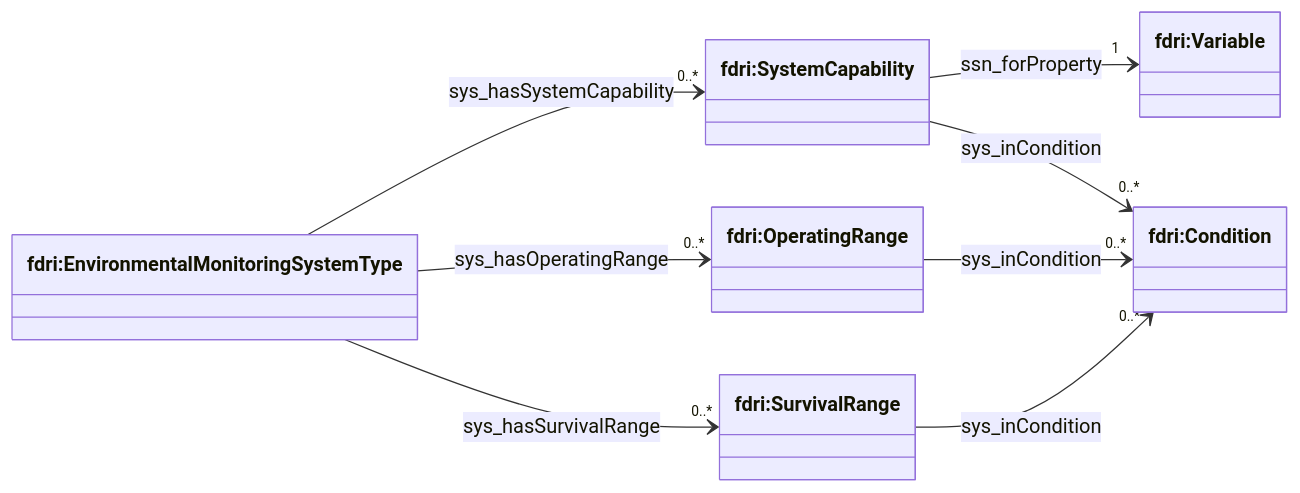
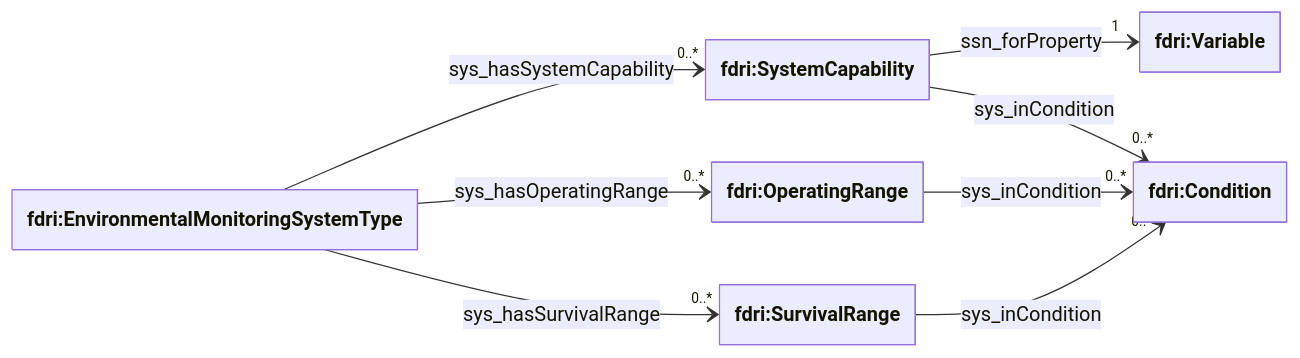
One commit to NERC-CEH/fdri-ontology changed the first of 10 diagrams in doc/sensor-capabilities.md. Above: the diagram before and after it, drawn with Mermaid. The commit also changed other lines of this file, not shown here.

````diff
--- a/doc/sensor-capabilities.md
+++ b/doc/sensor-capabilities.md
@@ -5,18 +5,21 @@
 ```mermaid
+---
+  config: { class: {hideEmptyMembersBox: true}}
+---
 classDiagram
     direction LR
     class EMSystemType["fdri:EnvironmentalMonitoringSystemType"]
     class Variable["fdri:Variable"]
     class Condition["fdri:Condition"]
     class SystemCapability["fdri:SystemCapability"]
     class OperatingRange["fdri:OperatingRange"]
     class SurvivalRange["fdri:SurvivalRange"]
 
     EMSystemType --> "0..*" SystemCapability: sys_hasSystemCapability
     EMSystemType --> "0..*" SurvivalRange: sys_hasSurvivalRange
     EMSystemType --> "0..*" OperatingRange: sys_hasOperatingRange
     SystemCapability --> "1" Variable: ssn_forProperty
     SystemCapability --> "0..*" Condition: sys_inCondition
     OperatingRange --> "0..*" Condition: sys_inCondition
     SurvivalRange --> "0..*" Condition: sys_inCondition
 ```
````
